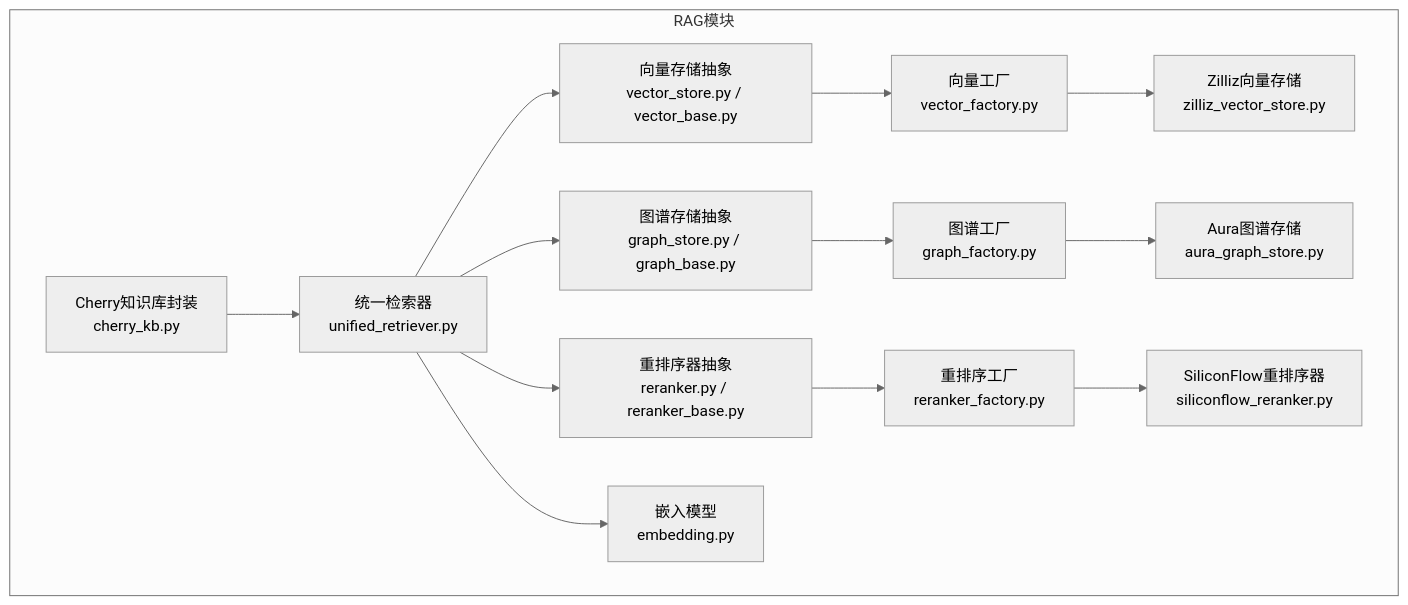
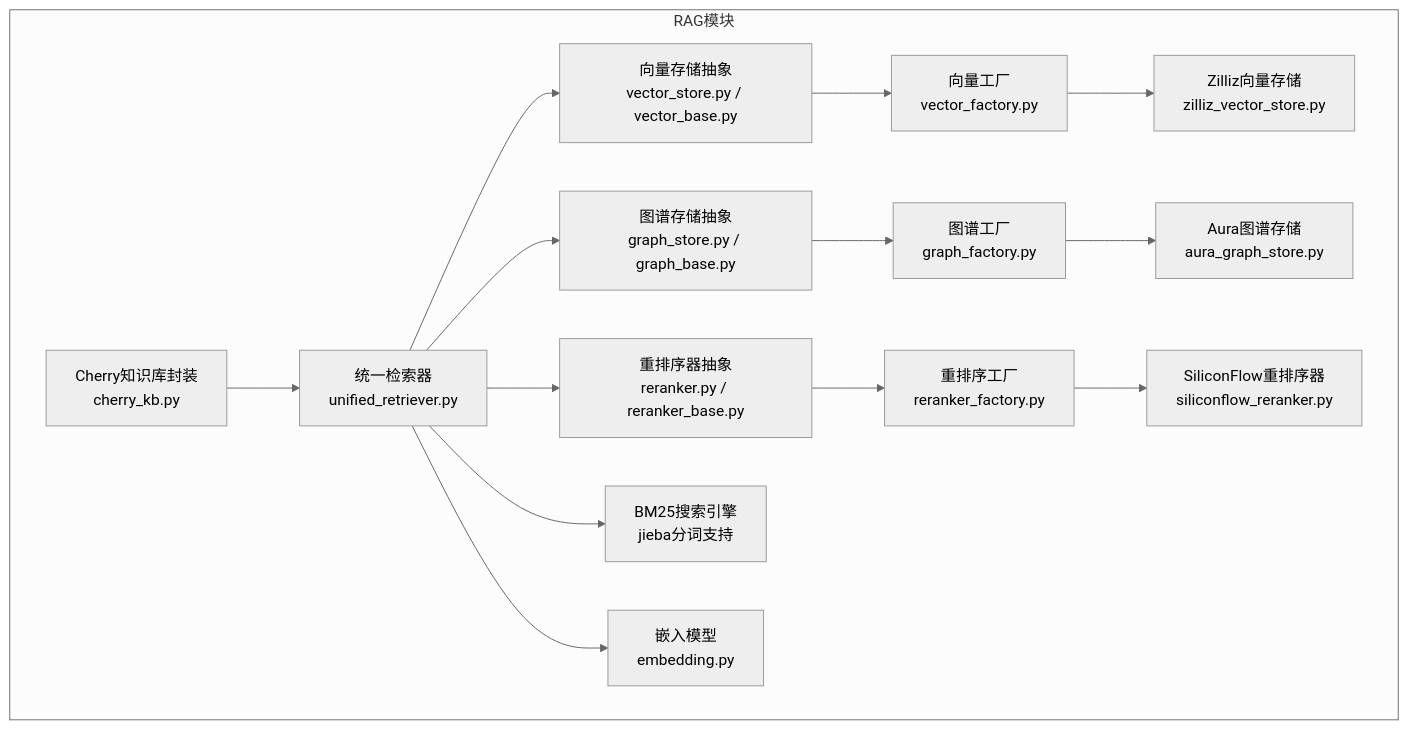
Before and after one commit to zmdhdu/NexusCockpit: the first of 7 diagrams in .qoder/repowiki/zh/content/核心模块详解/RAG检索系统.md, drawn with Mermaid (neutral theme). The commit also changed other lines of this file and 21 other files, not shown here.

````diff
--- a/.qoder/repowiki/zh/content/核心模块详解/RAG检索系统.md
+++ b/.qoder/repowiki/zh/content/核心模块详解/RAG检索系统.md
@@ -53,28 +60,30 @@
 ```mermaid
 graph TB
 subgraph "RAG模块"
 UR["统一检索器<br/>unified_retriever.py"]
 VS["向量存储抽象<br/>vector_store.py / vector_base.py"]
 VF["向量工厂<br/>vector_factory.py"]
 ZVS["Zilliz向量存储<br/>zilliz_vector_store.py"]
 GS["图谱存储抽象<br/>graph_store.py / graph_base.py"]
 GF["图谱工厂<br/>graph_factory.py"]
 AGS["Aura图谱存储<br/>aura_graph_store.py"]
 RR["重排序器抽象<br/>reranker.py / reranker_base.py"]
 RF["重排序工厂<br/>reranker_factory.py"]
 SR["SiliconFlow重排序器<br/>siliconflow_reranker.py"]
 EMB["嵌入模型<br/>embedding.py"]
 KB["Cherry知识库封装<br/>cherry_kb.py"]
+BM25["BM25搜索引擎<br/>jieba分词支持"]
 end
 UR --> VS
 UR --> GS
 UR --> RR
+UR --> BM25
 VS --> VF
 VF --> ZVS
 GS --> GF
 GF --> AGS
 RR --> RF
 RF --> SR
 UR --> EMB
 KB --> UR
 ```
````
